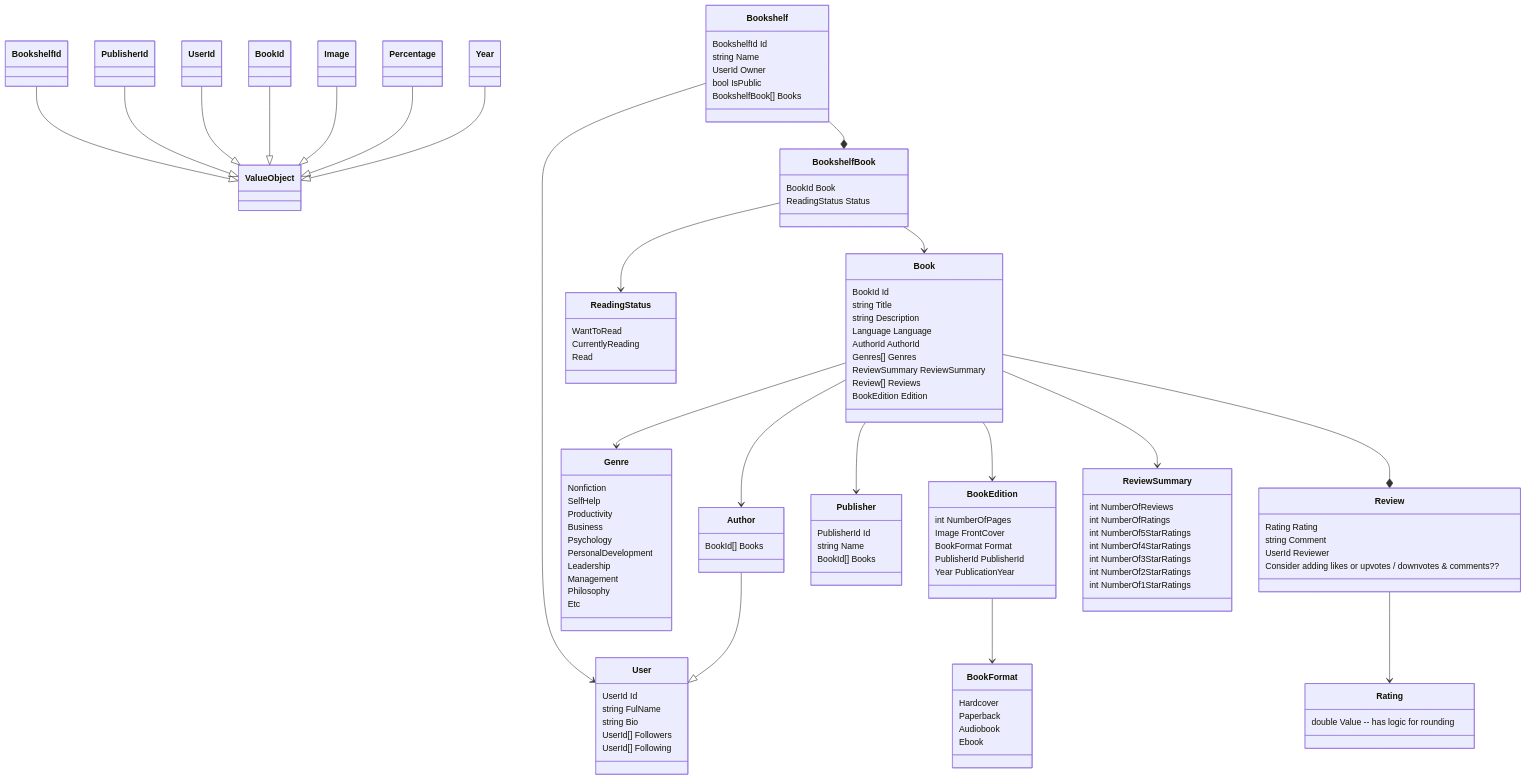
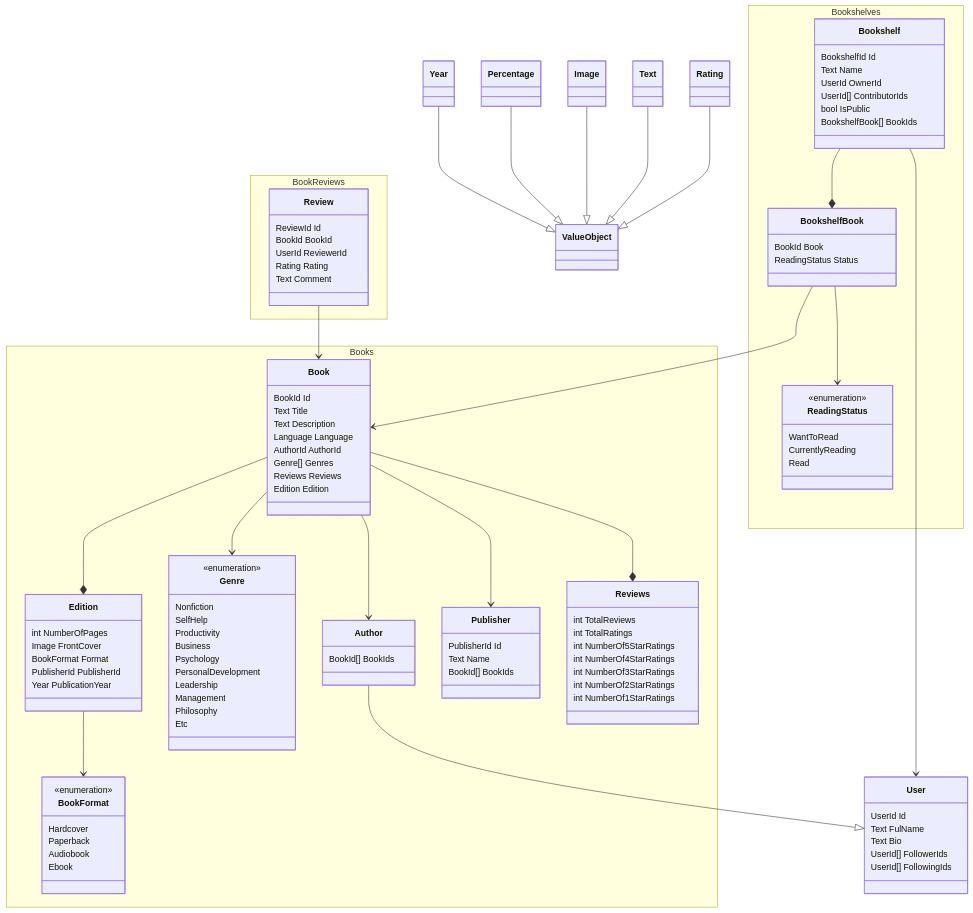
One commit to dejobratic/eudaimonia changed the diagram in README.md. Above: the diagram before and after it, drawn with Mermaid.

Commit message:
updated mermaid diagram;

````diff
--- a/README.md
+++ b/README.md
@@ -3,129 +3,135 @@
 ```mermaid
 classDiagram
-  Year --|> ValueObject 
-  Percentage --|> ValueObject 
-  Image --|> ValueObject 
+    %% note "If a Book has AuthorId property - Should we call it Author or AuthorId in terms of DDD?"
+    %% note for Review "Consider adding likes or upvotes / downvotes & comments??"
+    %% note for Genre "If this is not a finite list, we can use enumeration class."
+
+    Year --|> ValueObject 
+    Percentage --|> ValueObject 
+    Image --|> ValueObject 
+    Text --|> ValueObject
+    Rating --|> ValueObject
+    
+    Book --* Edition
+    Book --> Genre
+    Book --> Author
+    Book --> Publisher
+    Book --* Reviews
+
+    Review --> Book
+
+    Author --|> User 
+
+    Edition --> BookFormat
+
+    Bookshelf --> User
+    
+    Bookshelf --* BookshelfBook
+
+    BookshelfBook --> ReadingStatus
+    BookshelfBook --> Book
+
+    namespace Books {
+        class Book {
+            BookId Id
+            Text Title
+            Text Description
+            Language Language
+            AuthorId AuthorId
+            Genre[] Genres
+            Reviews Reviews
+            Edition Edition
+        }
+
+        class Edition {
+            int NumberOfPages
+            Image FrontCover
+            BookFormat Format
+            PublisherId PublisherId
+            Year PublicationYear
+        }
   
-  BookId --|> ValueObject 
-  UserId --|> ValueObject
-  PublisherId --|> ValueObject 
-  BookshelfId --|> ValueObject 
+        class BookFormat {
+            <<enumeration>>
+            Hardcover
+            Paperback
+            Audiobook
+            Ebook
+        }
+  
+        class Genre {
+            <<enumeration>>
+            Nonfiction
+            SelfHelp
+            Productivity
+            Business
+            Psychology
+            PersonalDevelopment
+            Leadership
+            Management
+            Philosophy
+            Etc
+        }
 
-  Book --> BookEdition
-  Book --> Genre
-  Book --> Author
-  Book --> Publisher
-  Book --* Review
-  Book --> ReviewSummary
+        class Reviews {
+            int TotalReviews
+            int TotalRatings
+            int NumberOf5StarRatings
+            int NumberOf4StarRatings
+            int NumberOf3StarRatings
+            int NumberOf2StarRatings
+            int NumberOf1StarRatings
+        }
 
-  Author --|> User 
+        class Author {
+            BookId[] BookIds
+        }
 
-  BookEdition --> BookFormat
+        class Publisher {
+            PublisherId Id
+            Text Name
+            BookId[] BookIds
+        }        
+    }
+ 
+    namespace BookReviews {
+        class Review {
+            ReviewId Id
+            BookId BookId
+            UserId ReviewerId
+            Rating Rating
+            Text Comment
+        }
+    }
 
-  Review --> Rating
+    namespace Bookshelves {
+        class Bookshelf {
+            BookshelfId Id
+            Text Name
+            UserId OwnerId
+            UserId[] ContributorIds
+            bool IsPublic
+            BookshelfBook[] BookIds
+        }
 
-  Bookshelf --> User
-  
-  Bookshelf --* BookshelfBook
+        class BookshelfBook {
+            BookId Book
+            ReadingStatus Status
+        }
 
-  BookshelfBook --> ReadingStatus
-  BookshelfBook --> Book
-
-  class Book {
-    BookId Id
-    string Title
-    string Description
-    Language Language
-    AuthorId AuthorId
-    Genres[] Genres
-    ReviewSummary ReviewSummary
-    Review[] Reviews
-    BookEdition Edition
-  }
-
-  class BookEdition {
-    int NumberOfPages
-    Image FrontCover
-    BookFormat Format
-    PublisherId PublisherId
-    Year PublicationYear
-  }
-  
-  class BookFormat {
-    Hardcover
-    Paperback
-    Audiobook
-    Ebook
-  }
-
-  class Genre {
-    Nonfiction
-    SelfHelp
-    Productivity
-    Business
-    Psychology
-    PersonalDevelopment
-    Leadership
-    Management
-    Philosophy
-    Etc
-  }
-
-  class ReviewSummary {
-    int NumberOfReviews
-    int NumberOfRatings
-    int NumberOf5StarRatings
-    int NumberOf4StarRatings
-    int NumberOf3StarRatings
-    int NumberOf2StarRatings
-    int NumberOf1StarRatings
-  }
-
-  class Review {
-    Rating Rating
-    string Comment
-    UserId Reviewer
-    Consider adding likes or upvotes / downvotes & comments??
-  }
-
-  class Rating {
-    double Value -- has logic for rounding
-  }
+        class ReadingStatus {
+            <<enumeration>>
+            WantToRead
+            CurrentlyReading
+            Read
+        }
+    }
 
   class User {
     UserId Id
-    string FulName
-    string Bio
-    UserId[] Followers
-    UserId[] Following
-  }
-
-  class Bookshelf {
-    BookshelfId Id
-    string Name
-    UserId Owner
-    bool IsPublic
-    BookshelfBook[] Books
-  }
-
-  class BookshelfBook {
-    BookId Book
-    ReadingStatus Status
-  }
-
-  class ReadingStatus {
-    WantToRead
-    CurrentlyReading
-    Read
-  }
-
-  class Author {
-    BookId[] Books
-  }
-
-  class Publisher {
-    PublisherId Id
-    string Name
-    BookId[] Books
+    Text FulName
+    Text Bio
+    UserId[] FollowerIds
+    UserId[] FollowingIds
   }
 ```
````
